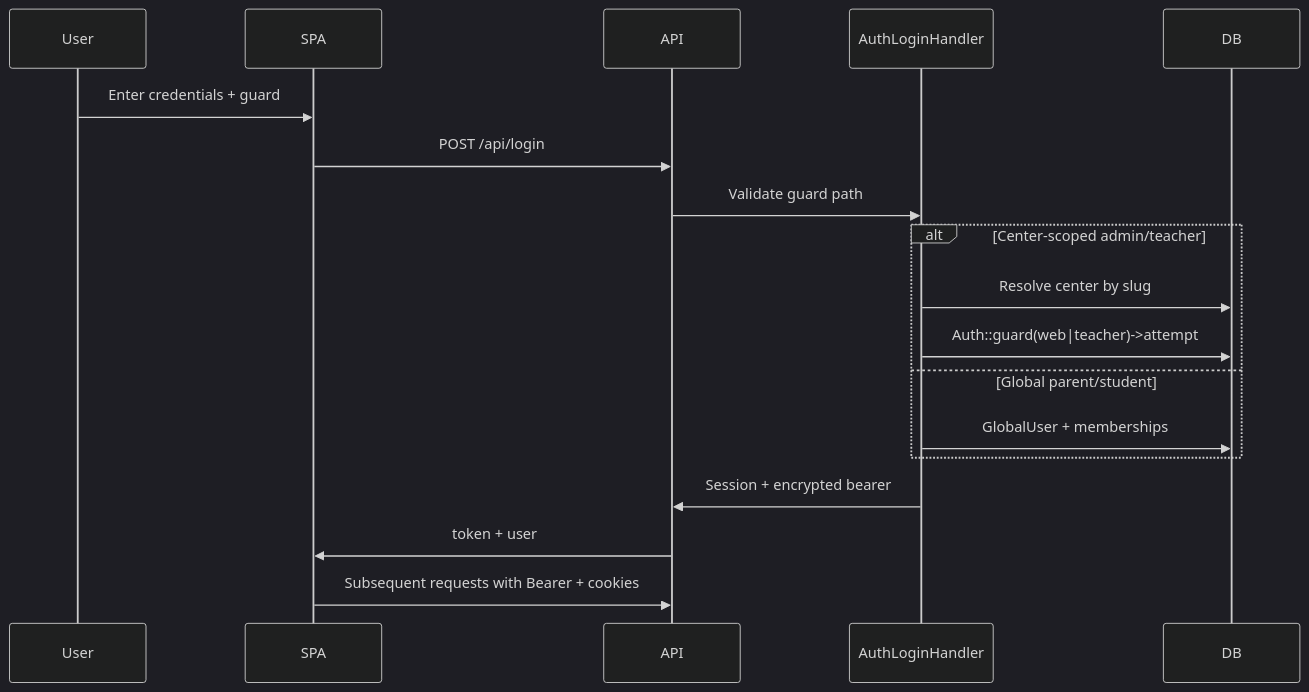
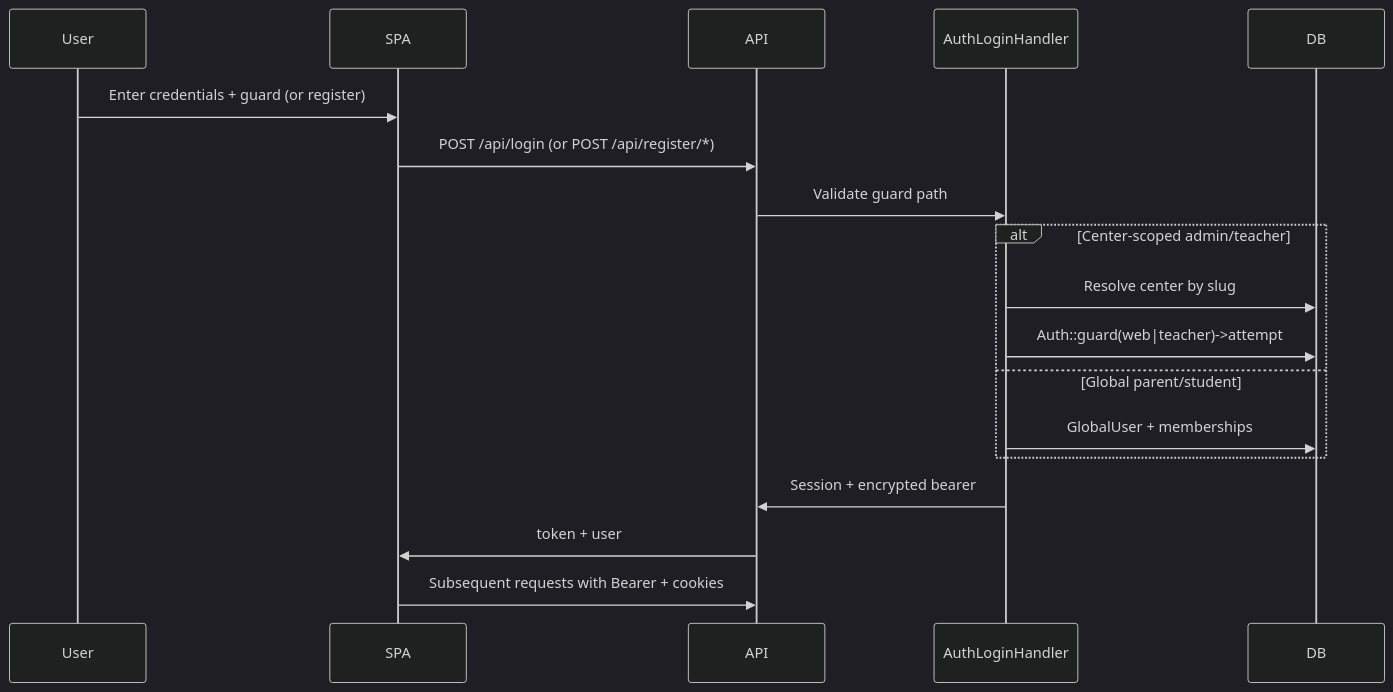
The diagram in docs/10-security.md (KareemShaban1/edu_center), drawn with Mermaid (dark theme) before and after one commit. The commit also changed other lines of this file and 110 other files, not shown here.

````diff
--- a/docs/10-security.md
+++ b/docs/10-security.md
@@ -23,21 +24,21 @@
 ```mermaid
 sequenceDiagram
   participant User
   participant SPA
   participant API
   participant Auth as AuthLoginHandler
   participant DB
 
-  User->>SPA: Enter credentials + guard
-  SPA->>API: POST /api/login
+  User->>SPA: Enter credentials + guard (or register)
+  SPA->>API: POST /api/login (or POST /api/register/*)
   API->>Auth: Validate guard path
   alt Center-scoped admin/teacher
     Auth->>DB: Resolve center by slug
     Auth->>DB: Auth::guard(web|teacher)->attempt
   else Global parent/student
     Auth->>DB: GlobalUser + memberships
   end
   Auth->>API: Session + encrypted bearer
   API->>SPA: token + user
   SPA->>API: Subsequent requests with Bearer + cookies
 ```
````
